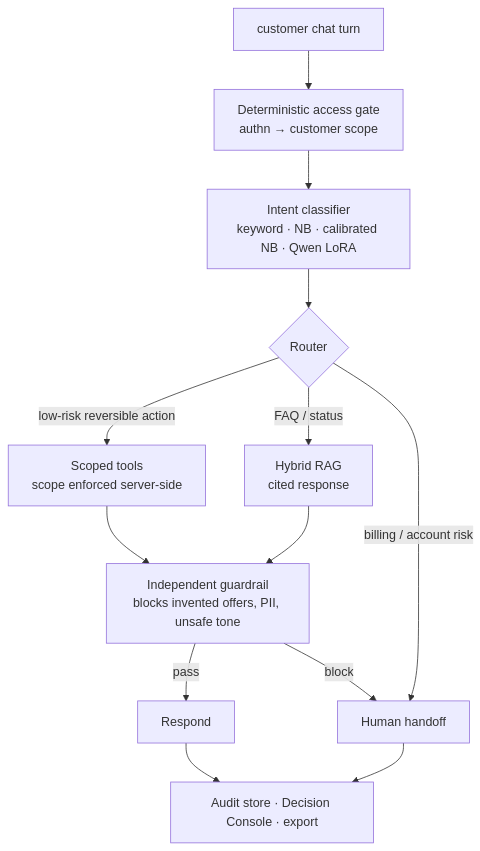
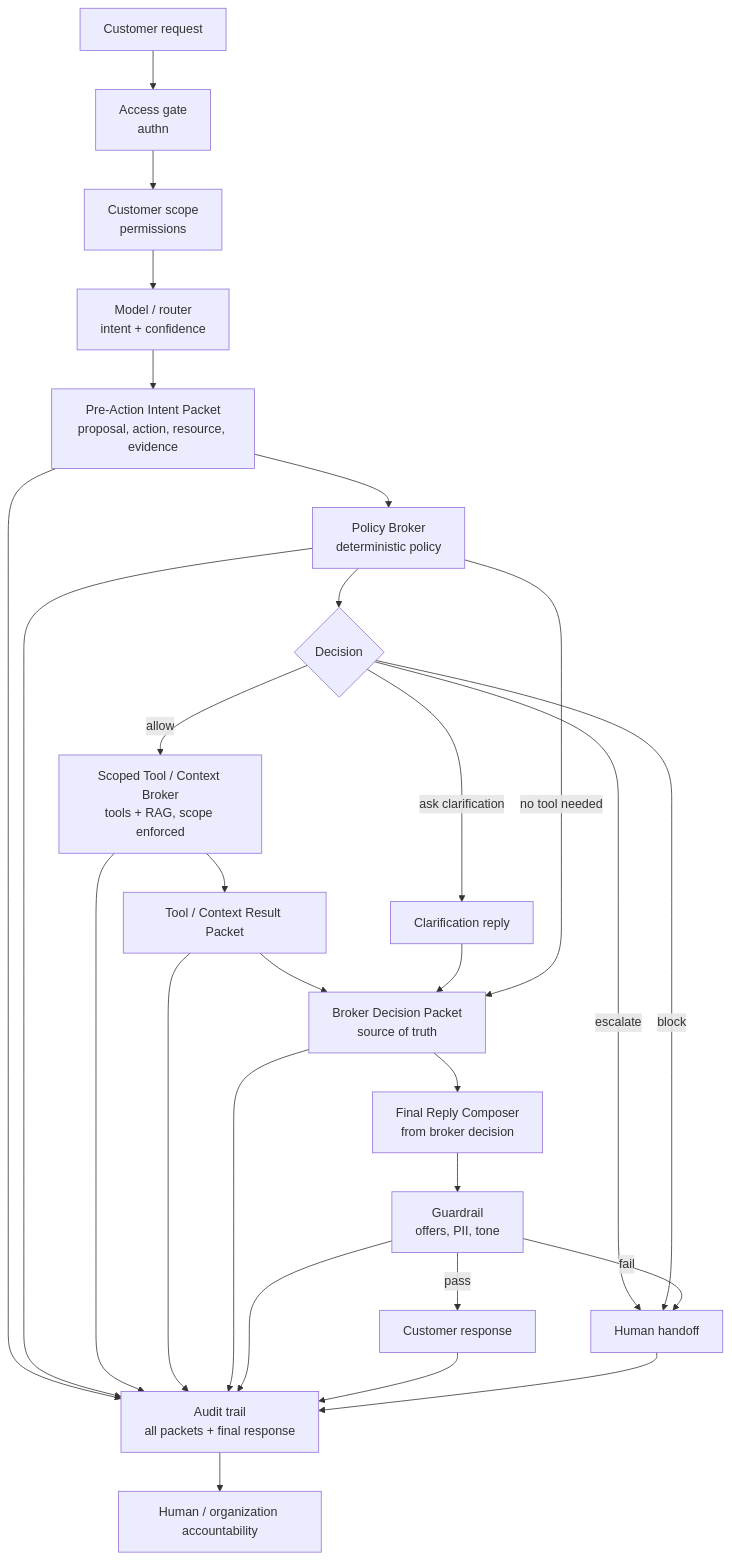
Before and after one commit to patibandlavenkatamanideep/relayops: the diagram in README.md, drawn with Mermaid. The commit also changed other lines of this file and 17 other files, not shown here.

Commit message:
feat: add policy broker decision packets

````diff
--- a/README.md
+++ b/README.md
@@ -336,15 +366,30 @@
 ```mermaid
 flowchart TD
-    A[customer chat turn] --> B["Deterministic access gate<br/>authn → customer scope"]
-    B --> C["Intent classifier<br/>keyword · NB · calibrated NB · Qwen LoRA"]
-    C --> D{Router}
-    D -->|low-risk reversible action| E["Scoped tools<br/>scope enforced server-side"]
-    D -->|FAQ / status| F["Hybrid RAG<br/>cited response"]
-    D -->|billing / account risk| G[Human handoff]
-    E --> H["Independent guardrail<br/>blocks invented offers, PII, unsafe tone"]
-    F --> H
-    H -->|pass| I[Respond]
-    H -->|block| G
-    I --> J[Audit store · Decision Console · export]
-    G --> J
+    A[Customer request] --> B["Access gate<br/>authn"]
+    B --> C["Customer scope<br/>permissions"]
+    C --> D["Model / router<br/>intent + confidence"]
+    D --> E["Pre-Action Intent Packet<br/>proposal, action, resource, evidence"]
+    E --> F["Policy Broker<br/>deterministic policy"]
+    F --> G{Decision}
+    G -->|allow| H["Scoped Tool / Context Broker<br/>tools + RAG, scope enforced"]
+    G -->|ask clarification| I[Clarification reply]
+    G -->|escalate| J[Human handoff]
+    G -->|block| J
+    H --> K["Tool / Context Result Packet"]
+    K --> L["Broker Decision Packet<br/>source of truth"]
+    I --> L
+    F -->|no tool needed| L
+    L --> M["Final Reply Composer<br/>from broker decision"]
+    M --> N["Guardrail<br/>offers, PII, tone"]
+    N -->|pass| O[Customer response]
+    N -->|fail| J
+    E --> P["Audit trail<br/>all packets + final response"]
+    F --> P
+    H --> P
+    K --> P
+    L --> P
+    N --> P
+    O --> P
+    J --> P
+    P --> Q["Human / organization accountability"]
 ```
````
